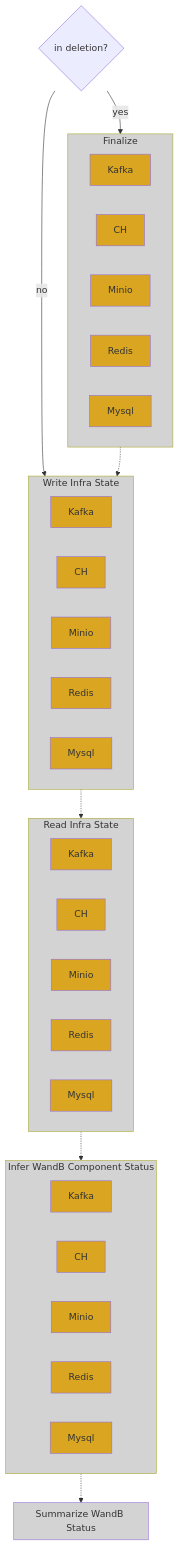
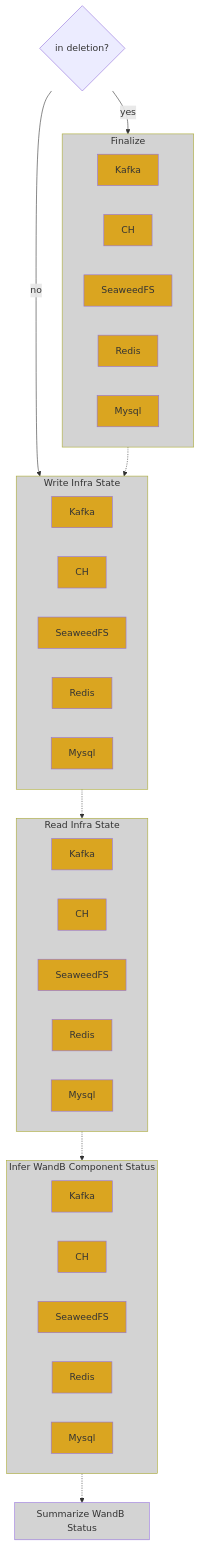
The second of 2 diagrams in docs/design/wandb_v2/infra_reconciliation.md (wandb/operator), drawn with Mermaid before and after one commit. The commit also changed other lines of this file and 20 other files, not shown here.

````diff
--- a/docs/design/wandb_v2/infra_reconciliation.md
+++ b/docs/design/wandb_v2/infra_reconciliation.md
@@ -33,75 +33,75 @@
 ```mermaid
 flowchart TD
     Flagged{in deletion?}
 
     Flagged -->|yes| Finalize
     Flagged -->|no| Write
 
     subgraph Finalize[Finalize]
         FKafka[Kafka]
         FCH[CH]
-        FMinio[Minio]
+        FSeaweedFS[SeaweedFS]
         FRedis[Redis]
         FMysql[Mysql]
     end
 
     subgraph Write[Write Infra State]
         WKafka[Kafka]
         WCH[CH]
-        WMinio[Minio]
+        WSeaweedFS[SeaweedFS]
         WRedis[Redis]
         WMysql[Mysql]
     end
 
     Finalize -.-> Write
     Write -.-> Read
 
     subgraph Read[Read Infra State]
         RKafka[Kafka]
         RCH[CH]
-        RMinio[Minio]
+        RSeaweedFS[SeaweedFS]
         RRedis[Redis]
         RMysql[Mysql]
     end
 
     subgraph Infer[Infer WandB Component Status]
         IKafka[Kafka]
         ICH[CH]
-        IMinio[Minio]
+        ISeaweedFS[SeaweedFS]
         IRedis[Redis]
         IMysql[Mysql]
     end
 
     Read -.-> Infer
     
     subgraph Summarize[Summarize WandB Status]
     end
     
     Infer -.-> Summarize
 
     style FKafka fill:#DAA520
     style FCH fill:#DAA520
-    style FMinio fill:#DAA520
+    style FSeaweedFS fill:#DAA520
     style FRedis fill:#DAA520
     style FMysql fill:#DAA520
     style WKafka fill:#DAA520
     style WCH fill:#DAA520
-    style WMinio fill:#DAA520
+    style WSeaweedFS fill:#DAA520
     style WRedis fill:#DAA520
     style WMysql fill:#DAA520
     style RKafka fill:#DAA520
     style RCH fill:#DAA520
-    style RMinio fill:#DAA520
+    style RSeaweedFS fill:#DAA520
     style RRedis fill:#DAA520
     style RMysql fill:#DAA520
     style IKafka fill:#DAA520
     style ICH fill:#DAA520
-    style IMinio fill:#DAA520
+    style ISeaweedFS fill:#DAA520
     style IRedis fill:#DAA520
     style IMysql fill:#DAA520
     style Finalize fill:#D3D3D3
     style Read fill:#D3D3D3
     style Write fill:#D3D3D3
     style Infer fill:#D3D3D3
     style Summarize fill:#D3D3D3
 ```
````
